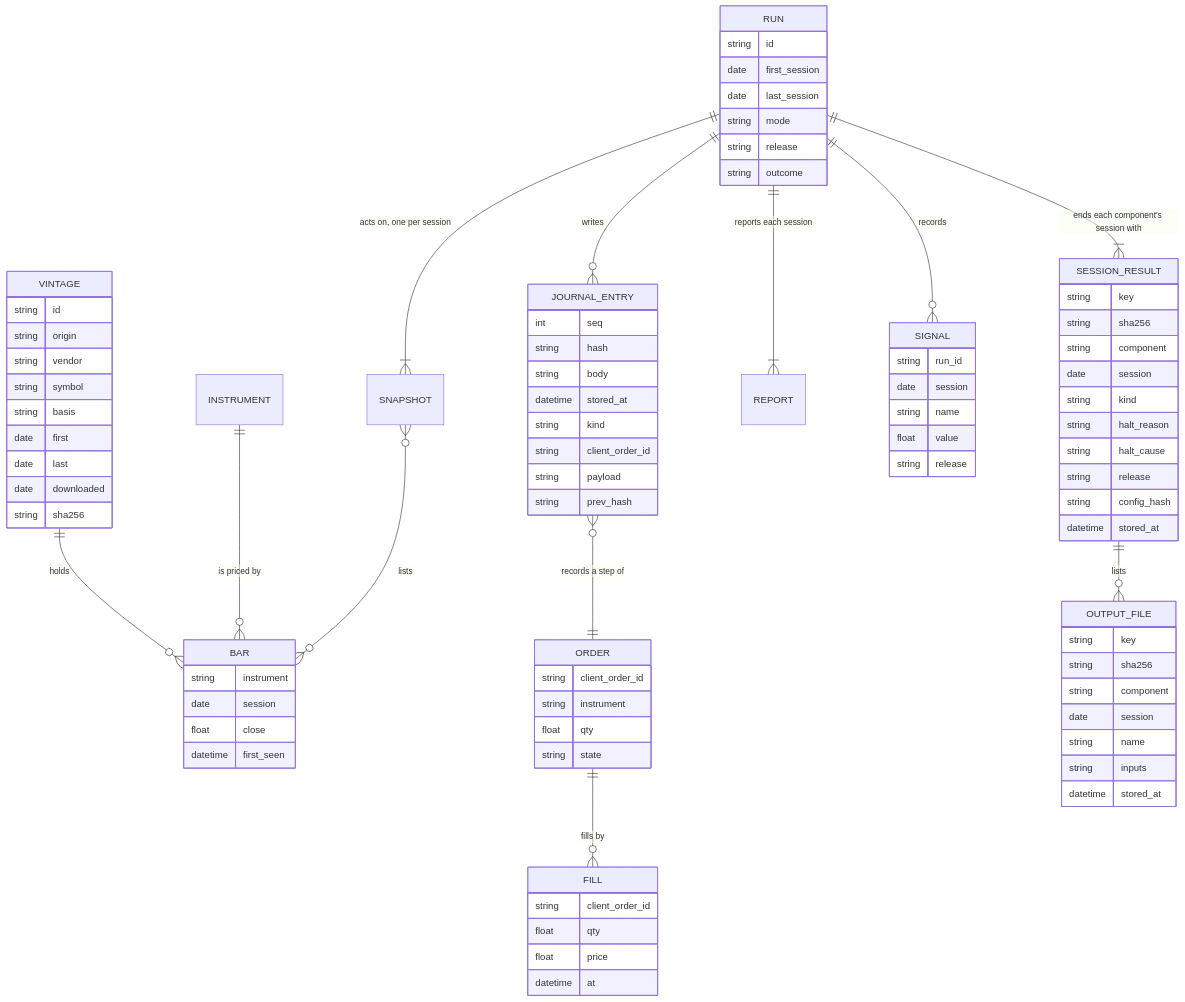
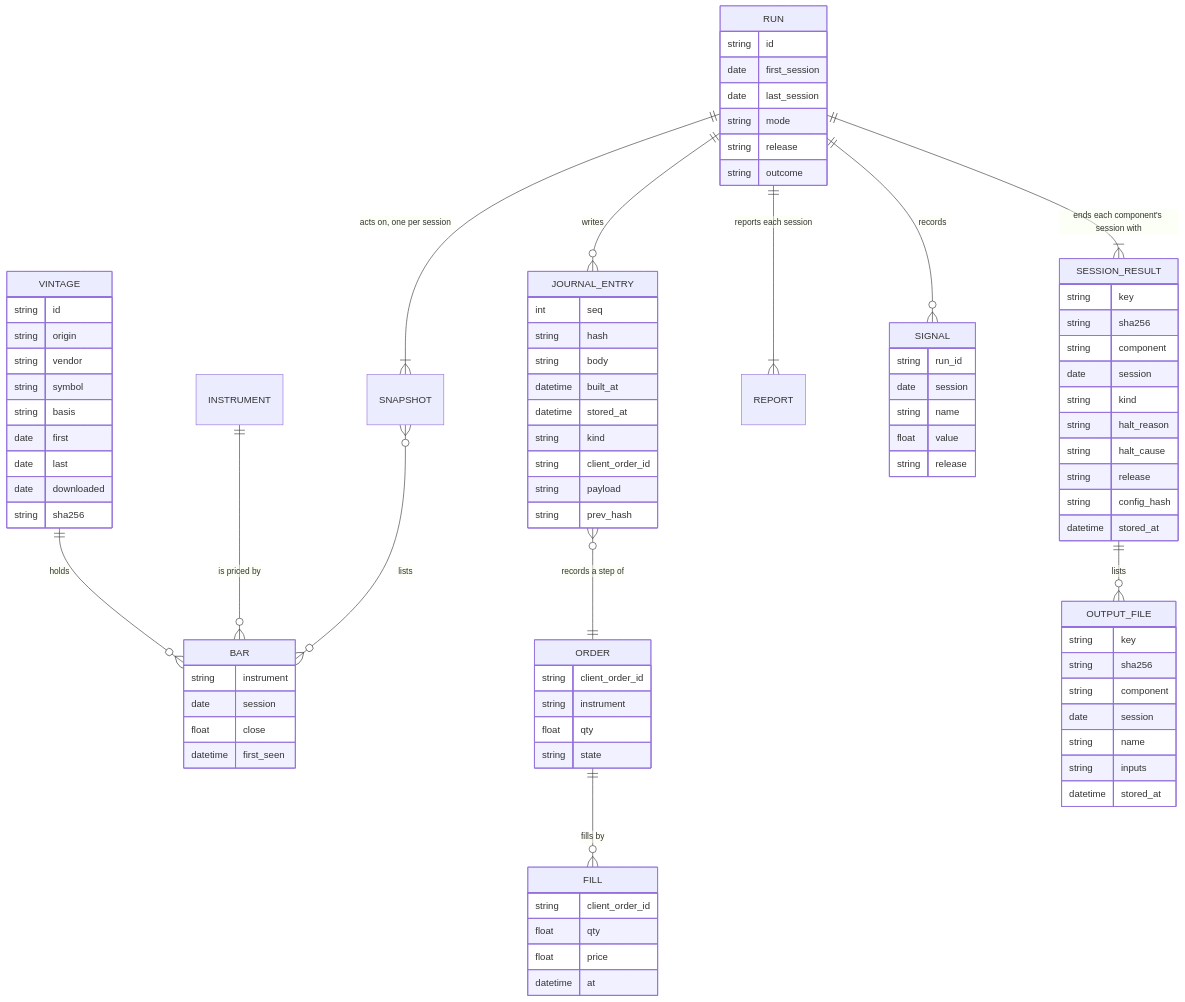
Diagram 14 of 16 in docs/architecture.md (l3a0/ithildin-runtime), drawn with Mermaid before and after one commit. The commit also changed other lines of this file and 2 other files, not shown here.

```diff
--- a/docs/architecture.md
+++ b/docs/architecture.md
@@ -1325,6 +1334,7 @@
         int seq
         string hash
         string body
+        datetime built_at
         datetime stored_at
         string kind
         string client_order_id
```
